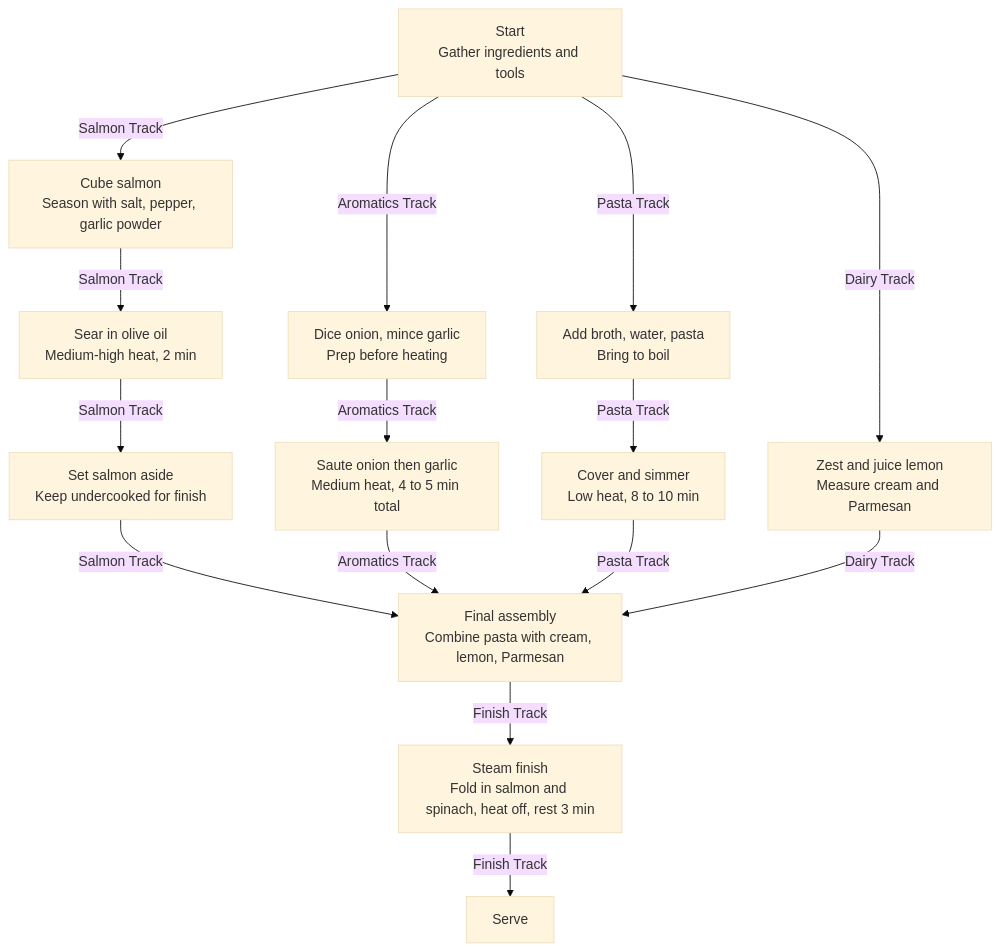
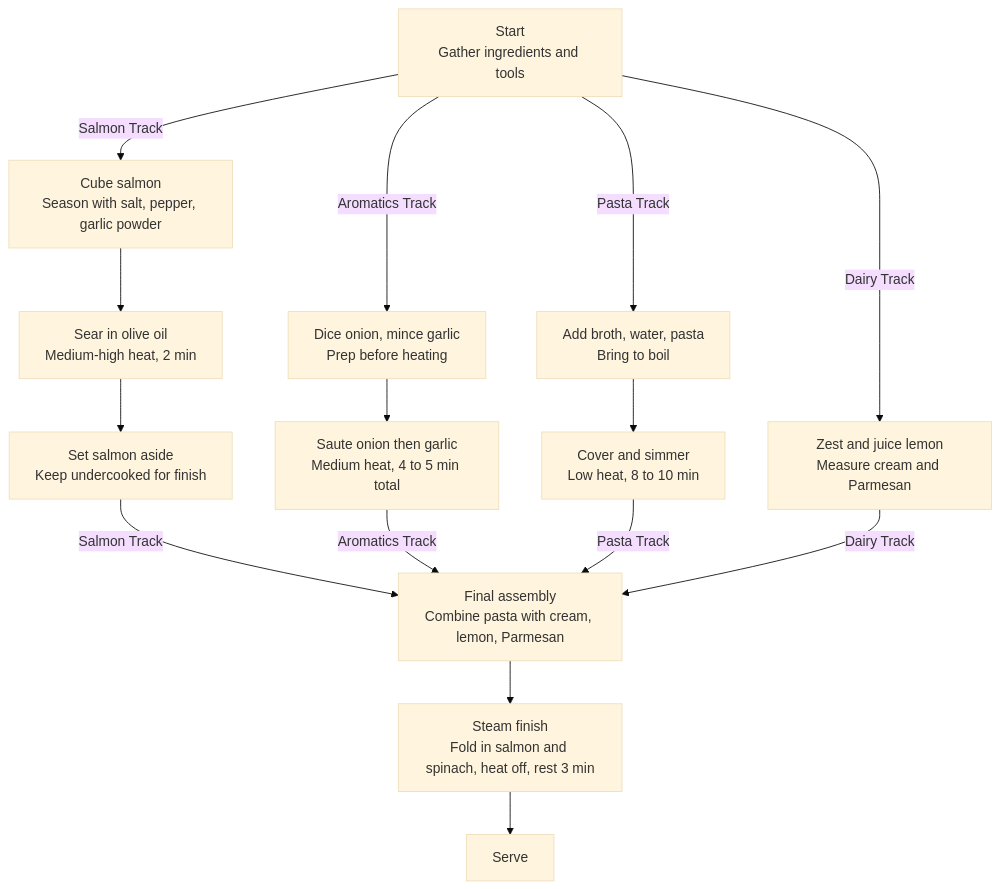
One commit to michaeldallen/mdabone changed the diagram in recipes/creamy-lemon-salmon/flowchart.md. Above: the diagram before and after it, drawn with Mermaid (base theme).

Commit message:
fix: correct flowchart connections for salmon, aromatics, pasta, and finish tracks

````diff
--- a/recipes/creamy-lemon-salmon/flowchart.md
+++ b/recipes/creamy-lemon-salmon/flowchart.md
@@ -3,24 +3,24 @@
 ```mermaid
 flowchart TD
     A["Start\nGather ingredients and tools"]
 
     A -- "Salmon Track" --> B["Cube salmon\nSeason with salt, pepper, garlic powder"]
-    B -- "Salmon Track" --> C["Sear in olive oil\nMedium-high heat, 2 min"]
-    C -- "Salmon Track" --> D["Set salmon aside\nKeep undercooked for finish"]
+    B --> C["Sear in olive oil\nMedium-high heat, 2 min"]
+    C --> D["Set salmon aside\nKeep undercooked for finish"]
 
     A -- "Aromatics Track" --> E["Dice onion, mince garlic\nPrep before heating"]
-    E -- "Aromatics Track" --> F["Saute onion then garlic\nMedium heat, 4 to 5 min total"]
+    E --> F["Saute onion then garlic\nMedium heat, 4 to 5 min total"]
 
     A -- "Pasta Track" --> G["Add broth, water, pasta\nBring to boil"]
-    G -- "Pasta Track" --> H["Cover and simmer\nLow heat, 8 to 10 min"]
+    G --> H["Cover and simmer\nLow heat, 8 to 10 min"]
 
     A -- "Dairy Track" --> I["Zest and juice lemon\nMeasure cream and Parmesan"]
 
     D -- "Salmon Track" --> J["Final assembly\nCombine pasta with cream, lemon, Parmesan"]
     F -- "Aromatics Track" --> J
     H -- "Pasta Track" --> J
     I -- "Dairy Track" --> J
 
-    J -- "Finish Track" --> K["Steam finish\nFold in salmon and spinach, heat off, rest 3 min"]
-    K -- "Finish Track" --> L["Serve"]
+    J --> K["Steam finish\nFold in salmon and spinach, heat off, rest 3 min"]
+    K --> L["Serve"]
 ```
````
